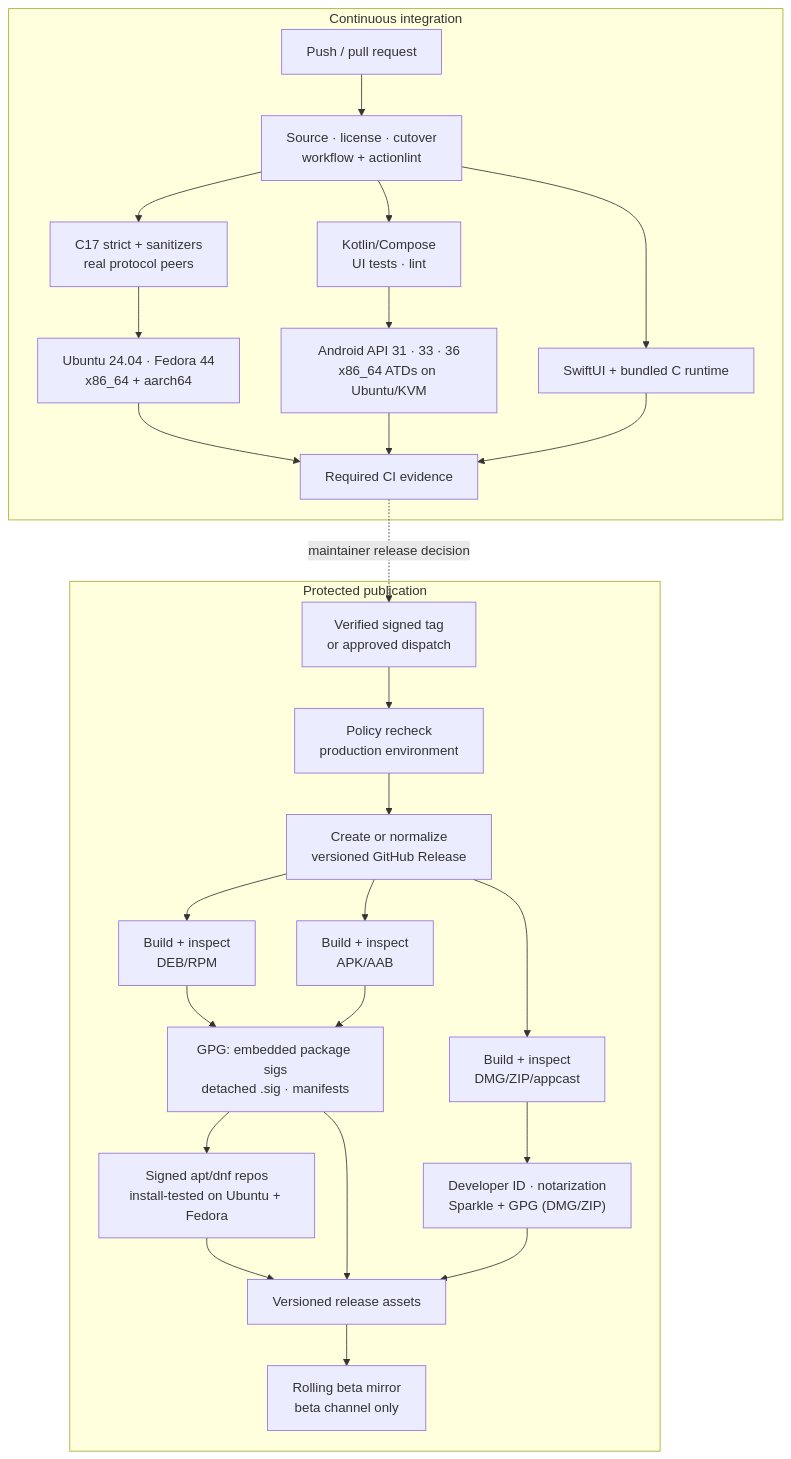
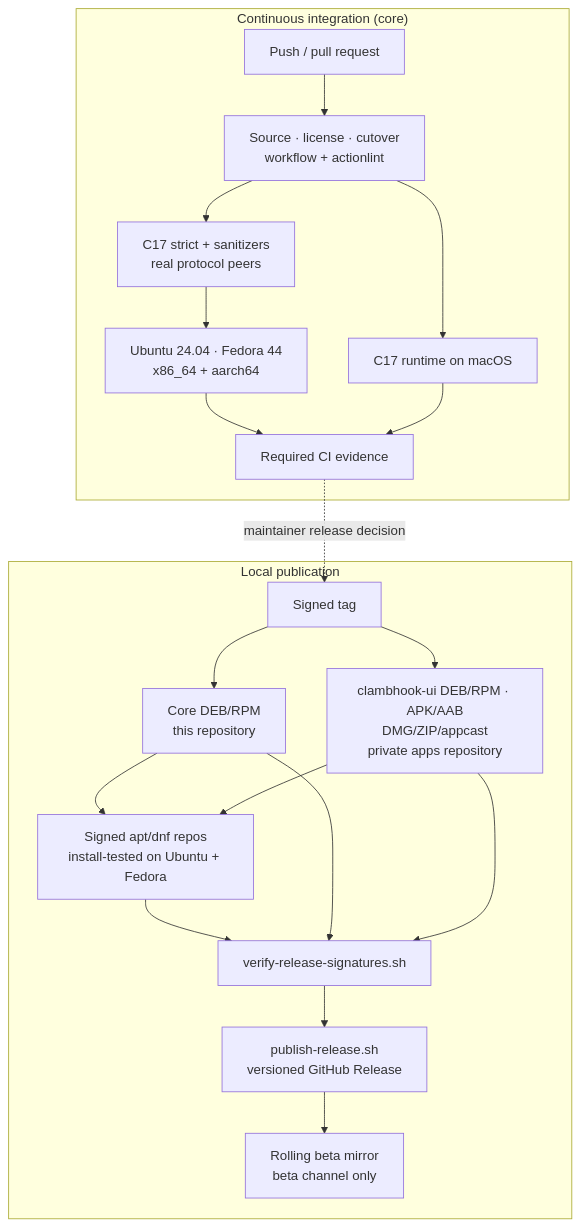
One commit to JohnThre/clambhook changed the diagram in docs/github-cicd.md. Above: the diagram before and after it, drawn with Mermaid. The commit also changed other lines of this file and 278 other files, not shown here.

````diff
--- a/docs/github-cicd.md
+++ b/docs/github-cicd.md
@@ -65,32 +68,25 @@
 ```mermaid
 flowchart TB
-    subgraph ci["Continuous integration"]
+    subgraph ci["Continuous integration (core)"]
         push["Push / pull request"] --> policy["Source · license · cutover<br/>workflow + actionlint"]
         policy --> c["C17 strict + sanitizers<br/>real protocol peers"]
-        policy --> java["Kotlin/Compose<br/>UI tests · lint"]
-        policy --> swift["SwiftUI + bundled C runtime"]
+        policy --> mac["C17 runtime on macOS"]
         c --> distro["Ubuntu 24.04 · Fedora 44<br/>x86_64 + aarch64"]
-        java --> device["Android API 31 · 33 · 36<br/>x86_64 ATDs on Ubuntu/KVM"]
         distro --> checks["Required CI evidence"]
-        device --> checks
-        swift --> checks
+        mac --> checks
     end
 
-    subgraph publication["Protected publication"]
-        request["Verified signed tag<br/>or approved dispatch"] --> guard["Policy recheck<br/>production environment"]
-        guard --> release["Create or normalize<br/>versioned GitHub Release"]
-        release --> linux["Build + inspect<br/>DEB/RPM"]
-        release --> android["Build + inspect<br/>APK/AAB"]
-        release --> macos["Build + inspect<br/>DMG/ZIP/appcast"]
-        linux --> signed["GPG: embedded package sigs<br/>detached .sig · manifests"]
-        signed --> repo["Signed apt/dnf repos<br/>install-tested on Ubuntu + Fedora"]
-        repo --> assets
-        android --> signed
-        macos --> signedMac["Developer ID · notarization<br/>Sparkle + GPG (DMG/ZIP)"]
-        signed --> assets["Versioned release assets"]
-        signedMac --> assets
-        assets --> beta["Rolling beta mirror<br/>beta channel only"]
+    subgraph publication["Local publication"]
+        tag["Signed tag"] --> core["Core DEB/RPM<br/>this repository"]
+        tag --> apps["clambhook-ui DEB/RPM · APK/AAB<br/>DMG/ZIP/appcast<br/>private apps repository"]
+        core --> repo["Signed apt/dnf repos<br/>install-tested on Ubuntu + Fedora"]
+        apps --> repo
+        repo --> verify["verify-release-signatures.sh"]
+        core --> verify
+        apps --> verify
+        verify --> publish["publish-release.sh<br/>versioned GitHub Release"]
+        publish --> beta["Rolling beta mirror<br/>beta channel only"]
     end
 
-    checks -. maintainer release decision .-> request
+    checks -. maintainer release decision .-> tag
 ```
````
